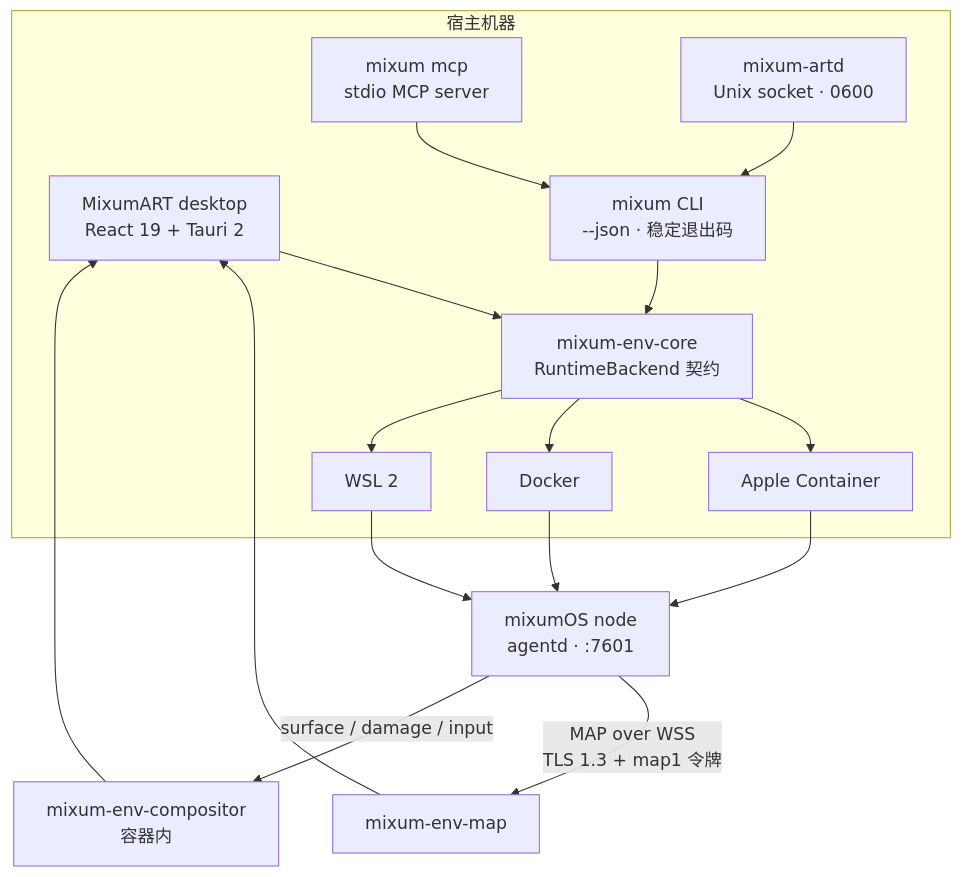
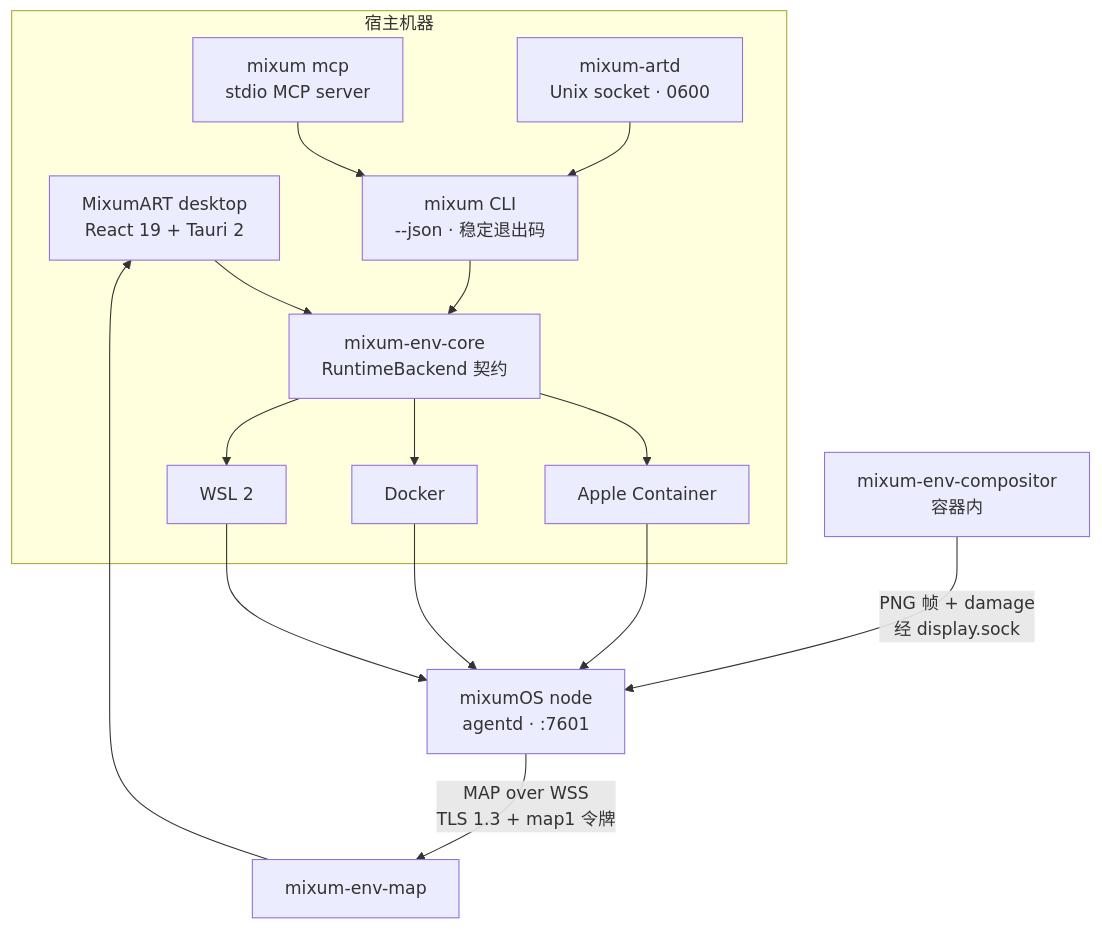
Before and after one commit to EmergeShift/MixumART: the diagram in README.zh-CN.md, drawn with Mermaid. The commit also changed other lines of this file and 1 other file, not shown here.

First line of the commit message:
docs: fix the compositor data path in the architecture diagram

````diff
--- a/README.zh-CN.md
+++ b/README.zh-CN.md
@@ -63,25 +63,24 @@
 ```mermaid
 flowchart TB
     subgraph Host["宿主机器"]
         UI["MixumART desktop<br/>React 19 + Tauri 2"]
         CLI["mixum CLI<br/>--json · 稳定退出码"]
         MCP["mixum mcp<br/>stdio MCP server"]
         D["mixum-artd<br/>Unix socket · 0600"]
         CORE["mixum-env-core<br/>RuntimeBackend 契约"]
         UI --> CORE
         CLI --> CORE
         MCP --> CLI
         D --> CLI
         CORE --> A["Apple Container"]
         CORE --> DK["Docker"]
         CORE --> W["WSL 2"]
     end
 
     A --> N["mixumOS node<br/>agentd · :7601"]
     DK --> N
     W --> N
     N -->|"MAP over WSS<br/>TLS 1.3 + map1 令牌"| M["mixum-env-map"]
     M --> UI
-    N -->|"surface / damage / input"| C["mixum-env-compositor<br/>容器内"]
-    C --> UI
+    C["mixum-env-compositor<br/>容器内"] -->|"PNG 帧 + damage<br/>经 display.sock"| N
 ```
````
